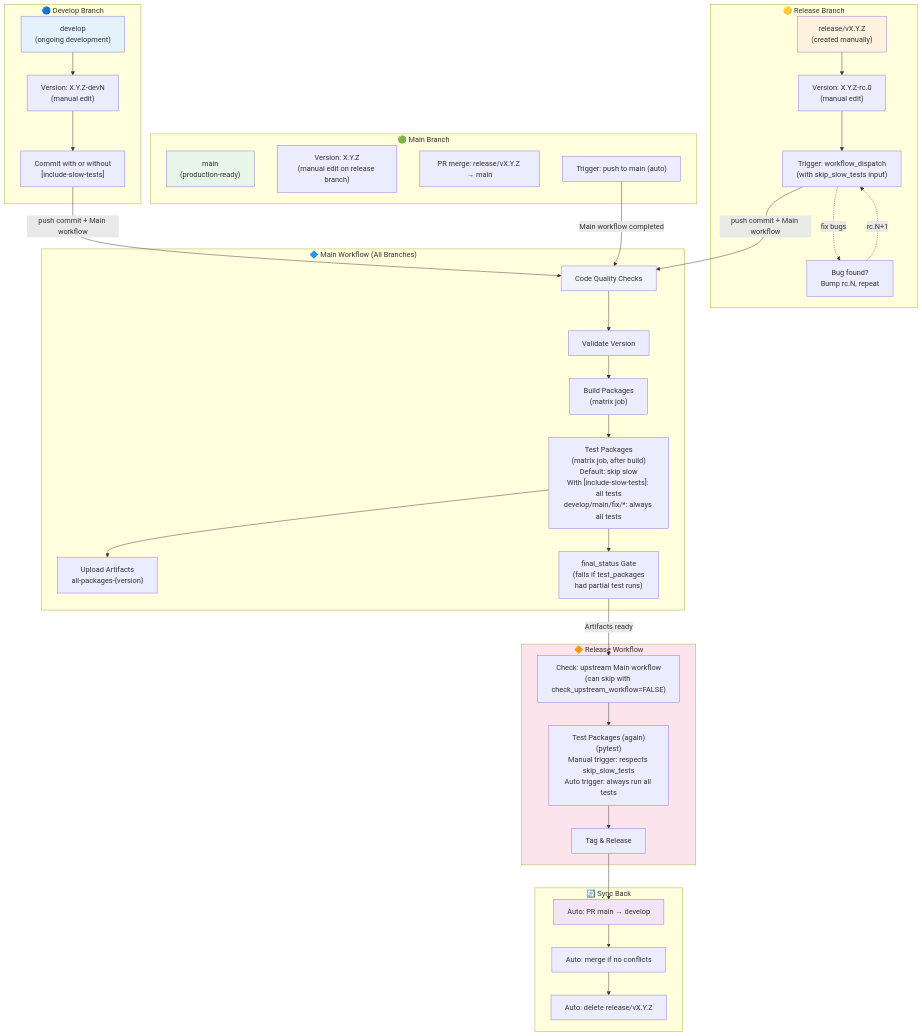
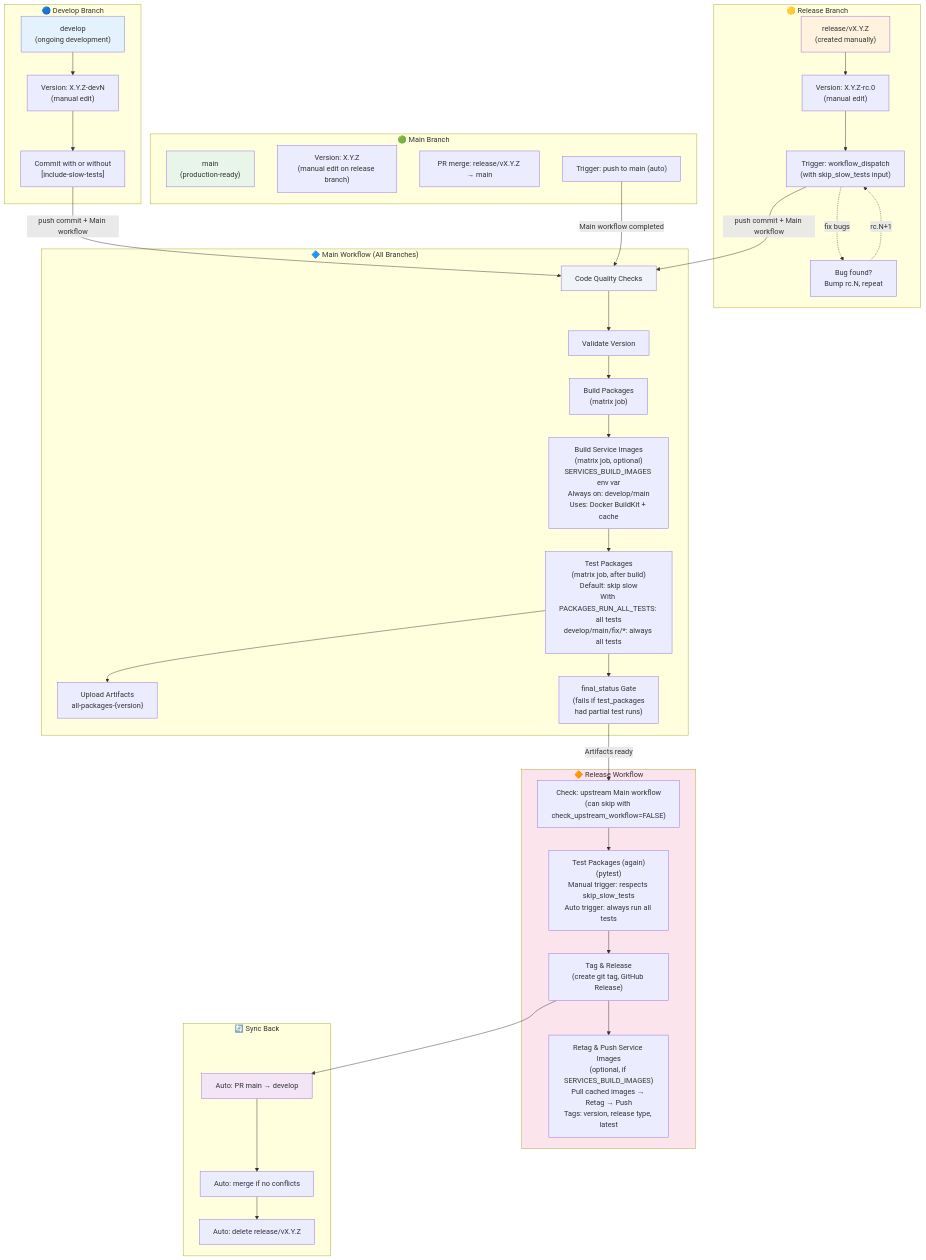
Before and after one commit to abhi8893/genai-shopping-assistant: the diagram in RELEASING.md, drawn with Mermaid. The commit also changed other lines of this file and 20 other files, not shown here.

````diff
--- a/RELEASING.md
+++ b/RELEASING.md
@@ -751,64 +774,69 @@
 ```mermaid
 graph TD
     subgraph develop["🔵 Develop Branch"]
         D1["develop<br/>(ongoing development)"]
         D2["Version: X.Y.Z-devN<br/>(manual edit)"]
         D3["Commit with or without<br/>[include-slow-tests]"]
         D1 --> D2 --> D3
     end
 
     subgraph release["🟡 Release Branch"]
         R1["release/vX.Y.Z<br/>(created manually)"]
         R2["Version: X.Y.Z-rc.0<br/>(manual edit)"]
         R3["Trigger: workflow_dispatch<br/>(with skip_slow_tests input)"]
         R4["Bug found?<br/>Bump rc.N, repeat"]
         R1 --> R2 --> R3
         R3 -.->|fix bugs| R4
         R4 -.->|rc.N+1| R3
     end
 
     subgraph main_workflow["🔷 Main Workflow (All Branches)"]
         MW1["Code Quality Checks"]
         MW2["Validate Version"]
         MW3["Build Packages<br/>(matrix job)"]
-        MW4["Test Packages<br/>(matrix job, after build)<br/>Default: skip slow<br/>With [include-slow-tests]: all tests<br/>develop/main/fix/*: always all tests"]
+        MW3b["Build Service Images<br/>(matrix job, optional)<br/>SERVICES_BUILD_IMAGES env var<br/>Always on: develop/main<br/>Uses: Docker BuildKit + cache"]
+        MW4["Test Packages<br/>(matrix job, after build)<br/>Default: skip slow<br/>With PACKAGES_RUN_ALL_TESTS: all tests<br/>develop/main/fix/*: always all tests"]
         MW5["Upload Artifacts<br/>all-packages-{version}"]
         MW6["final_status Gate<br/>(fails if test_packages<br/>had partial test runs)"]
-        MW1 --> MW2 --> MW3 --> MW4 --> MW5
+        MW1 --> MW2 --> MW3
+        MW3 --> MW3b
+        MW3b --> MW4 --> MW5
         MW4 --> MW6
     end
 
     subgraph main["🟢 Main Branch"]
         M1["main<br/>(production-ready)"]
         M2["Version: X.Y.Z<br/>(manual edit on release branch)"]
         M3["PR merge: release/vX.Y.Z → main"]
         M4["Trigger: push to main (auto)"]
     end
 
     subgraph release_workflow["🔶 Release Workflow"]
         R5["Check: upstream Main workflow<br/>(can skip with check_upstream_workflow=FALSE)"]
         R6["Test Packages (again)<br/>(pytest)<br/>Manual trigger: respects skip_slow_tests<br/>Auto trigger: always run all tests"]
-        R7["Tag & Release"]
+        R7["Tag & Release<br/>(create git tag, GitHub Release)"]
+        R7b["Retag & Push Service Images<br/>(optional, if SERVICES_BUILD_IMAGES)<br/>Pull cached images → Retag → Push<br/>Tags: version, release type, latest"]
         R5 --> R6 --> R7
+        R7 --> R7b
     end
 
     subgraph sync["🔄 Sync Back"]
         S1["Auto: PR main → develop"]
         S2["Auto: merge if no conflicts"]
         S3["Auto: delete release/vX.Y.Z"]
         S1 --> S2 --> S3
     end
 
     D3 -->|push commit + Main workflow| MW1
     R3 -->|push commit + Main workflow| MW1
     M4 -->|Main workflow completed| MW1
     MW6 -->|Artifacts ready| R5
     R7 --> S1
 
     style D1 fill:#e3f2fd
     style R1 fill:#fff3e0
     style M1 fill:#e8f5e9
     style S1 fill:#f3e5f5
     style MW1 fill:#f0f4f8
     style release_workflow fill:#fce4ec
 ```
````
